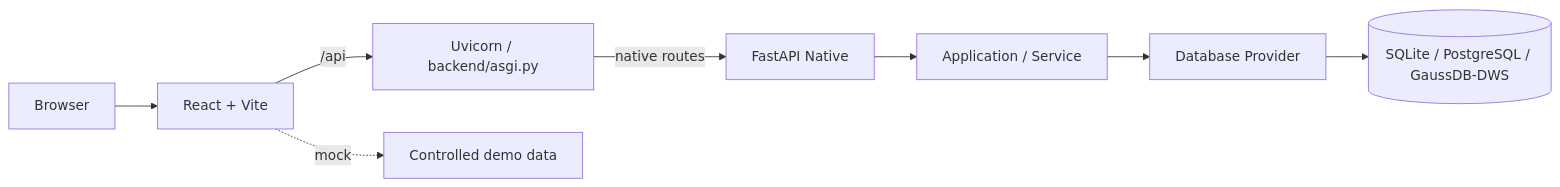
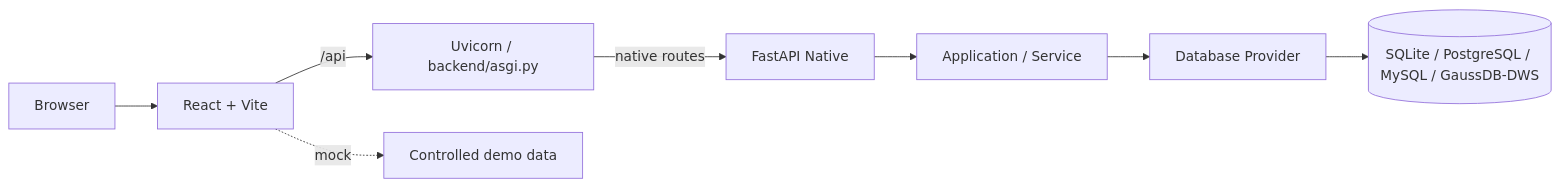
One commit to 0verme/data-asset-portal-community changed the diagram in docs/architecture.md. Above: the diagram before and after it, drawn with Mermaid. The commit also changed other lines of this file and 28 other files, not shown here.

````diff
--- a/docs/architecture.md
+++ b/docs/architecture.md
@@ -29,10 +29,10 @@
 ```mermaid
 flowchart LR
   U["Browser"] --> F["React + Vite"]
   F -->|"/api"| R["Uvicorn / backend/asgi.py"]
   R -->|"native routes"| A["FastAPI Native"]
   A --> S["Application / Service"]
   S --> P["Database Provider"]
-  P --> D[("SQLite / PostgreSQL / GaussDB-DWS")]
+  P --> D[("SQLite / PostgreSQL / MySQL / GaussDB-DWS")]
   F -.->|"mock"| M["Controlled demo data"]
 ```
````
